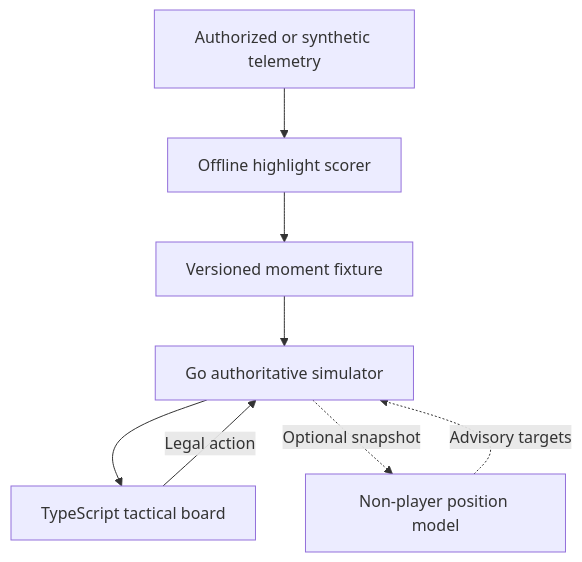
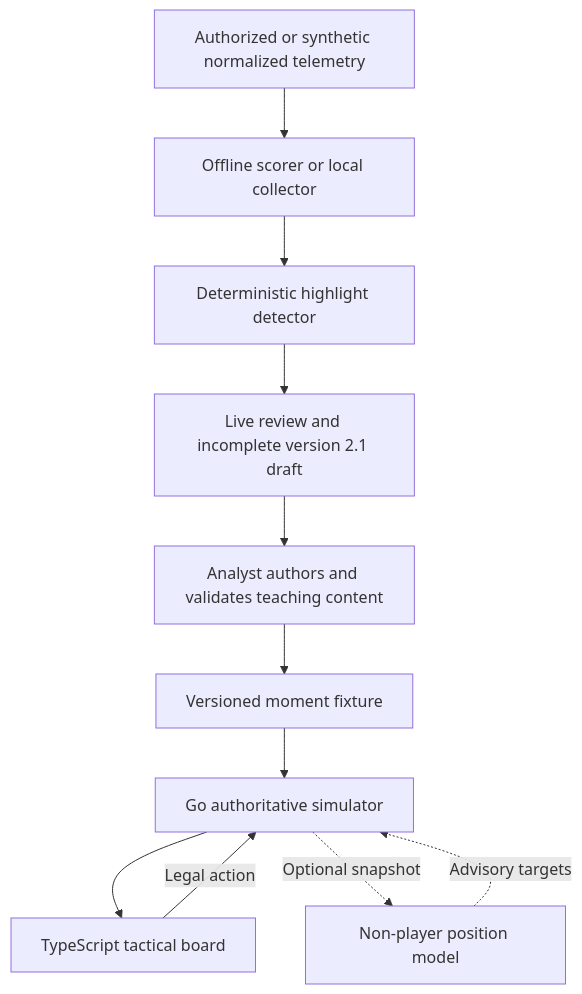
Before and after one commit to joyalzzy/playable-replays: the diagram in docs/architecture.md, drawn with Mermaid. The commit also changed other lines of this file and 99 other files, not shown here.

````diff
--- a/docs/architecture.md
+++ b/docs/architecture.md
@@ -10,10 +10,13 @@
 ```mermaid
 flowchart TD
-    A["Authorized or synthetic telemetry"] --> B["Offline highlight scorer"]
-    B --> C["Versioned moment fixture"]
-    C --> D["Go authoritative simulator"]
+    A["Authorized or synthetic normalized telemetry"] --> B["Offline scorer or local collector"]
+    B --> C["Deterministic highlight detector"]
+    C --> F["Live review and incomplete version 2.1 draft"]
+    F --> G["Analyst authors and validates teaching content"]
+    G --> H["Versioned moment fixture"]
+    H --> D["Go authoritative simulator"]
     D --> E["TypeScript tactical board"]
     E -->|Legal action| D
-    D -.->|Optional snapshot| F["Non-player position model"]
-    F -.->|Advisory targets| D
+    D -.->|Optional snapshot| I["Non-player position model"]
+    I -.->|Advisory targets| D
 ```
````
